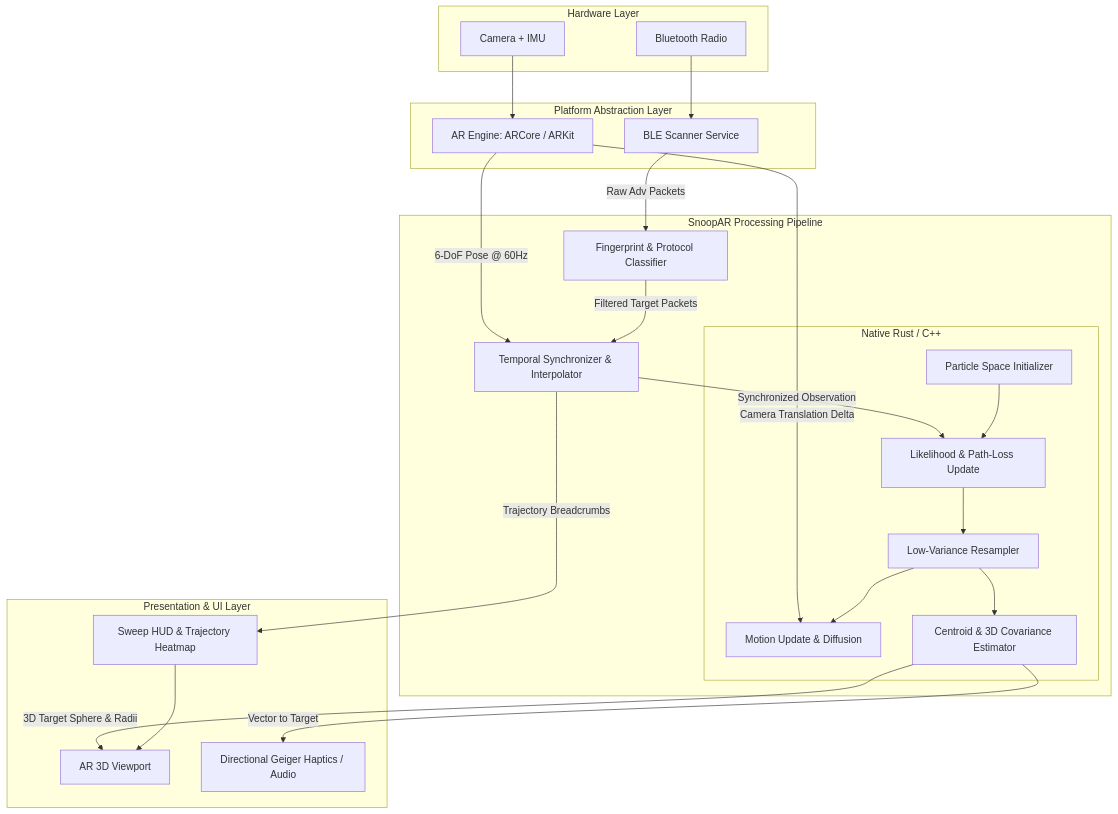
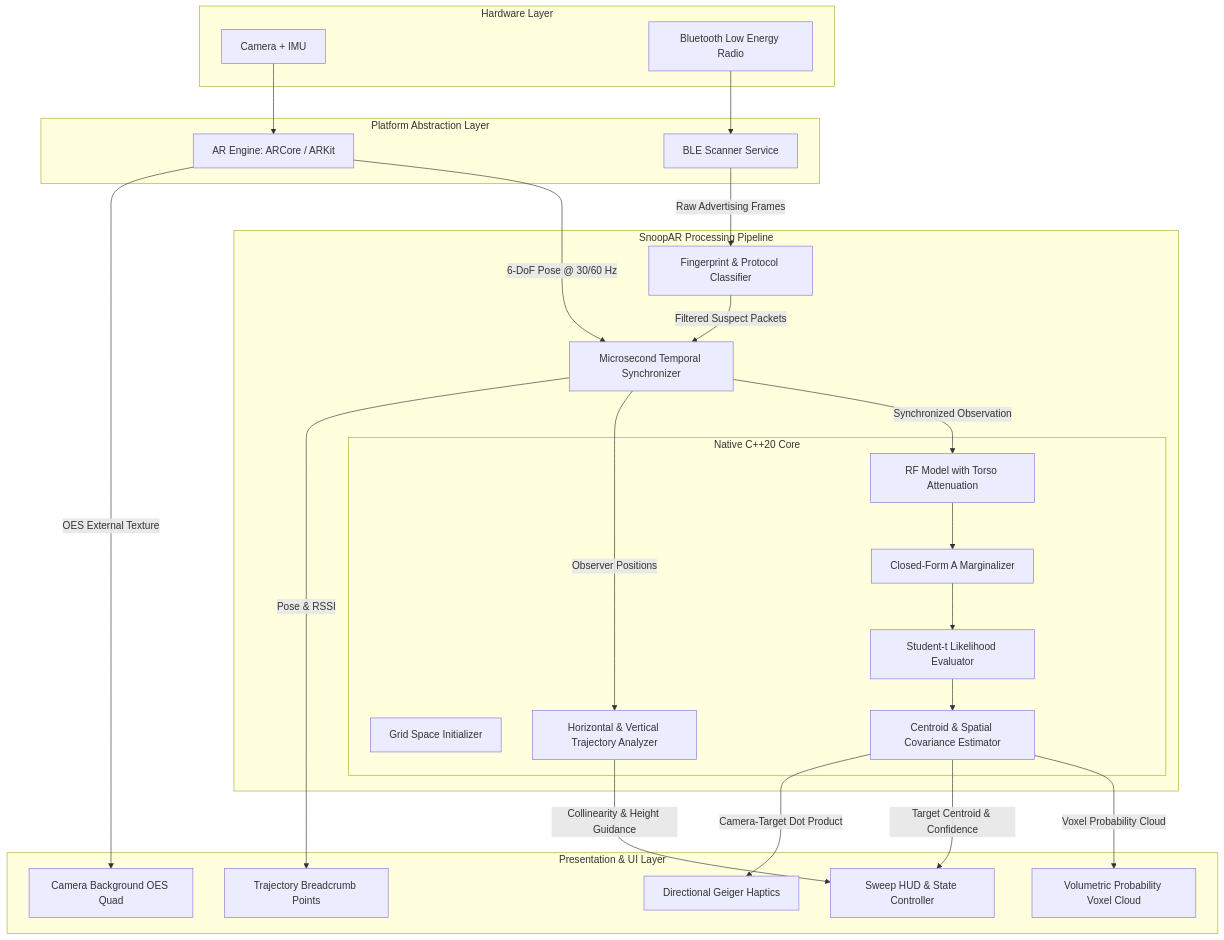
The first of 3 diagrams in docs/SYSTEM_ARCHITECTURE.md (AkulTyagi11/SnoopVR), drawn with Mermaid before and after one commit. The commit also changed other lines of this file and 34 other files, not shown here.

Commit message:
feat: complete android ar app, camera background quad, ble classification, and docs alignment

````diff
--- a/docs/SYSTEM_ARCHITECTURE.md
+++ b/docs/SYSTEM_ARCHITECTURE.md
@@ -9,51 +9,56 @@
 ```mermaid
 graph TD
     subgraph Hardware Layer
         CAM[Camera + IMU]
-        BLE_CHIP[Bluetooth Radio]
+        BLE_CHIP[Bluetooth Low Energy Radio]
     end
 
     subgraph Platform Abstraction Layer
         AR_VIO[AR Engine: ARCore / ARKit]
         BLE_SCAN[BLE Scanner Service]
     end
 
     subgraph SnoopAR Processing Pipeline
-        SYNC[Temporal Synchronizer & Interpolator]
+        SYNC[Microsecond Temporal Synchronizer]
         CLASS[Fingerprint & Protocol Classifier]
         
-        subgraph Core Localization Engine [Native Rust / C++]
-            PF_INIT[Particle Space Initializer]
-            PF_PRED[Motion Update & Diffusion]
-            PF_MEAS[Likelihood & Path-Loss Update]
-            PF_RESAMP[Low-Variance Resampler]
-            COV_EST[Centroid & 3D Covariance Estimator]
+        subgraph Core Localization Engine [Native C++20 Core]
+            GRID_INIT[Grid Space Initializer]
+            RF_MODEL[RF Model with Torso Attenuation]
+            A_MARGIN[Closed-Form A Marginalizer]
+            LIKELIHOOD[Student-t Likelihood Evaluator]
+            TRAJ_ANALYZER[Horizontal & Vertical Trajectory Analyzer]
+            ESTIMATOR[Centroid & Spatial Covariance Estimator]
         end
     end
 
     subgraph Presentation & UI Layer
-        AR_VIEW[AR 3D Viewport]
-        HUD[Sweep HUD & Trajectory Heatmap]
-        HAPTIC[Directional Geiger Haptics / Audio]
+        AR_BG[Camera Background OES Quad]
+        AR_VOXELS[Volumetric Probability Voxel Cloud]
+        AR_CRUMBS[Trajectory Breadcrumb Points]
+        HUD[Sweep HUD & State Controller]
+        HAPTIC[Directional Geiger Haptics]
     end
 
     CAM --> AR_VIO
     BLE_CHIP --> BLE_SCAN
     
-    AR_VIO -->|6-DoF Pose @ 60Hz| SYNC
-    BLE_SCAN -->|Raw Adv Packets| CLASS
-    CLASS -->|Filtered Target Packets| SYNC
+    AR_VIO -->|6-DoF Pose @ 30/60 Hz| SYNC
+    BLE_SCAN -->|Raw Advertising Frames| CLASS
+    CLASS -->|Filtered Suspect Packets| SYNC
     
-    SYNC -->|Synchronized Observation| PF_MEAS
-    AR_VIO -->|Camera Translation Delta| PF_PRED
+    SYNC -->|Synchronized Observation| RF_MODEL
+    RF_MODEL --> A_MARGIN
+    A_MARGIN --> LIKELIHOOD
+    LIKELIHOOD --> ESTIMATOR
     
-    PF_INIT --> PF_MEAS
-    PF_MEAS --> PF_RESAMP
-    PF_RESAMP --> PF_PRED
-    PF_RESAMP --> COV_EST
+    SYNC -->|Observer Positions| TRAJ_ANALYZER
+    TRAJ_ANALYZER -->|Collinearity & Height Guidance| HUD
     
-    COV_EST -->|3D Target Sphere & Radii| AR_VIEW
-    COV_EST -->|Vector to Target| HAPTIC
-    SYNC -->|Trajectory Breadcrumbs| HUD
-    HUD --> AR_VIEW
+    ESTIMATOR -->|Voxel Probability Cloud| AR_VOXELS
+    ESTIMATOR -->|Target Centroid & Confidence| HUD
+    ESTIMATOR -->|Camera-Target Dot Product| HAPTIC
+    
+    SYNC -->|Pose & RSSI| AR_CRUMBS
+    AR_VIO -->|OES External Texture| AR_BG
 ```
````
